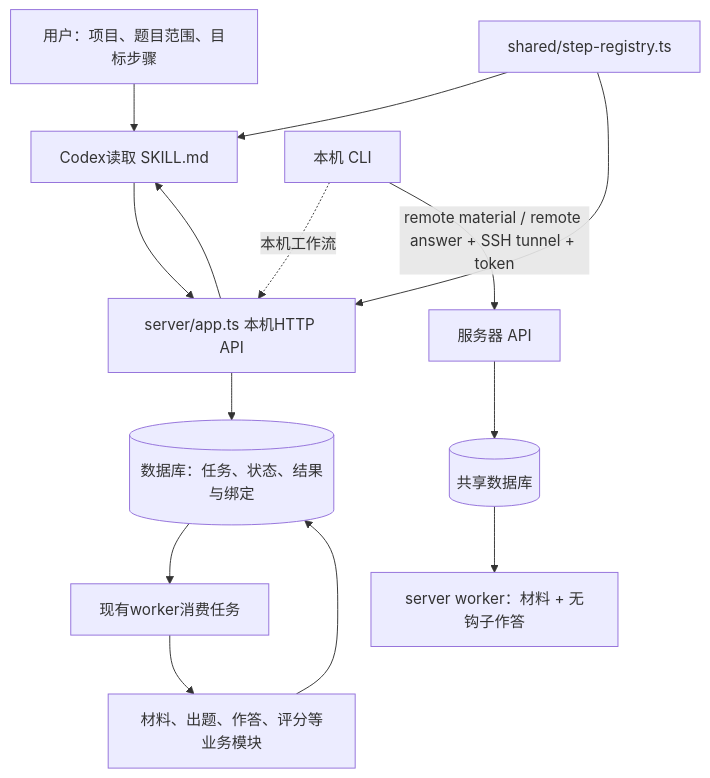
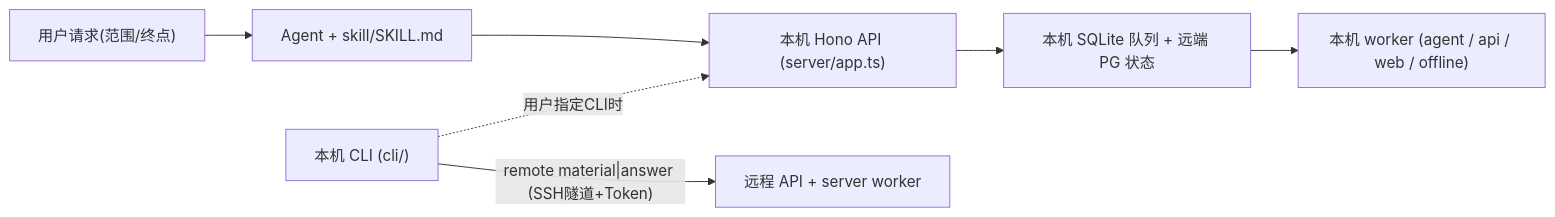
Before and after one commit to oushihao08/ai-distill: the diagram in skill/ARCHITECTURE.md, drawn with Mermaid. The commit also changed other lines of this file and 123 other files, not shown here.

````diff
--- a/skill/ARCHITECTURE.md
+++ b/skill/ARCHITECTURE.md
@@ -15,16 +5,9 @@
 ```mermaid
-flowchart TD
-  U[用户：项目、题目范围、目标步骤] --> C[Codex读取 SKILL.md]
-  C --> A[server/app.ts 本机HTTP API]
-  A --> D[(数据库：任务、状态、结果与绑定)]
-  D --> W[现有worker消费任务]
-  W --> B[材料、出题、作答、评分等业务模块]
-  B --> D
-  A --> C
-  R[shared/step-registry.ts] --> C
-  L[本机 CLI] -. 本机工作流 .-> A
-  L -->|remote material / remote answer + SSH tunnel + token| RA[服务器 API]
-  RA --> RD[(共享数据库)]
-  RD --> RW[server worker：材料 + 无钩子作答]
-  R --> A
+flowchart LR
+  U["用户请求(范围/终点)"] --> C["Agent + skill/SKILL.md"]
+  C --> A["本机 Hono API (server/app.ts)"]
+  L["本机 CLI (cli/)"] -. "用户指定CLI时" .-> A
+  A --> Q["本机 SQLite 队列 + 远端 PG 状态"]
+  Q --> W["本机 worker (agent / api / web / offline)"]
+  L -->|"remote material|answer (SSH隧道+Token)"| RA["远程 API + server worker"]
 ```
````
